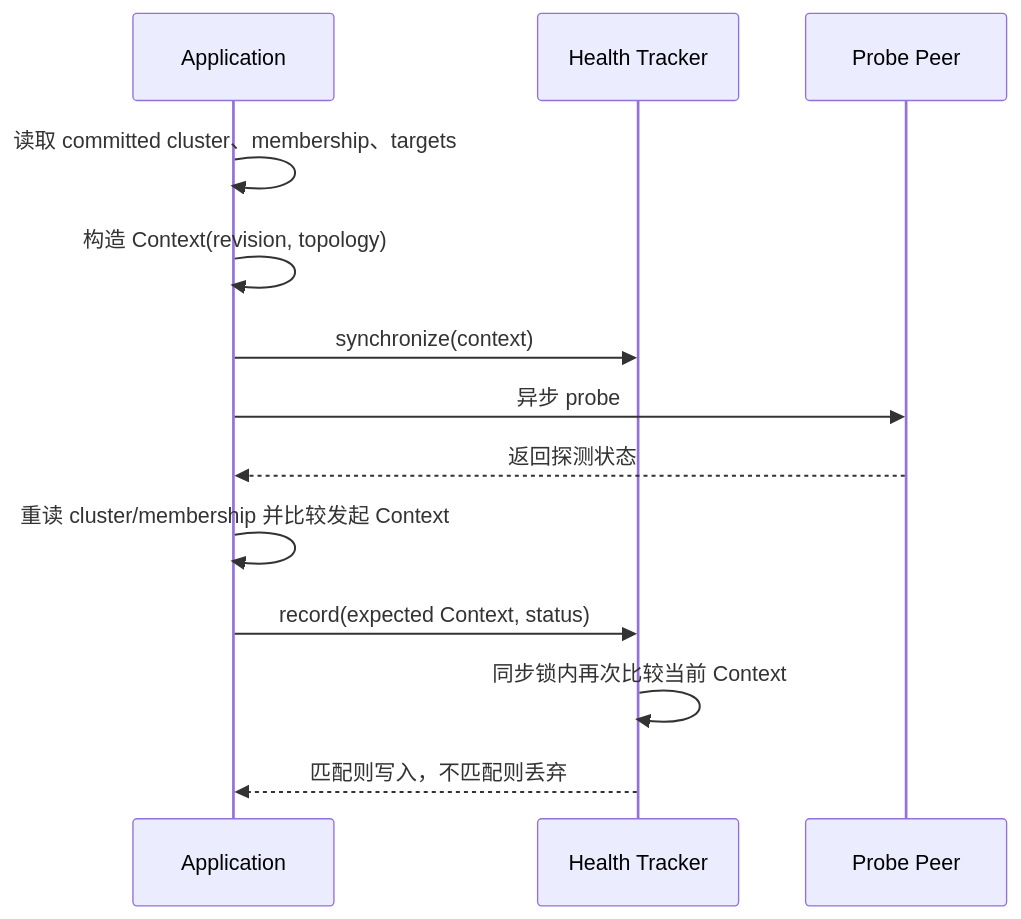
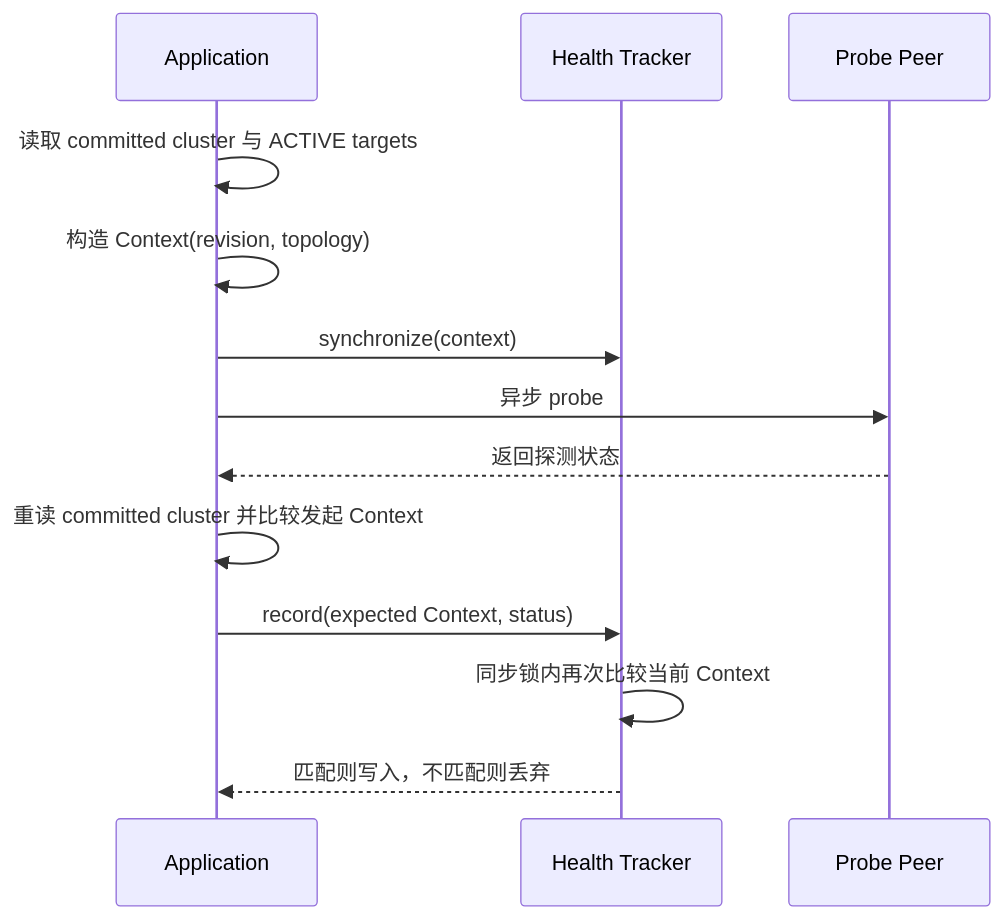
One commit to kc-co9/im-chat changed the third of 18 diagrams in im-broker/ARCHITECTURE.md. Above: the diagram before and after it, drawn with Mermaid. The commit also changed other lines of this file and 346 other files, not shown here.

````diff
--- a/im-broker/ARCHITECTURE.md
+++ b/im-broker/ARCHITECTURE.md
@@ -79,15 +99,15 @@
 ```mermaid
 sequenceDiagram
     participant App as Application
     participant Tracker as Health Tracker
     participant Peer as Probe Peer
-    App->>App: 读取 committed cluster、membership、targets
+    App->>App: 读取 committed cluster 与 ACTIVE targets
     App->>App: 构造 Context(revision, topology)
     App->>Tracker: synchronize(context)
     App->>Peer: 异步 probe
     Peer-->>App: 返回探测状态
-    App->>App: 重读 cluster/membership 并比较发起 Context
+    App->>App: 重读 committed cluster 并比较发起 Context
     App->>Tracker: record(expected Context, status)
     Tracker->>Tracker: 同步锁内再次比较当前 Context
     Tracker-->>App: 匹配则写入，不匹配则丢弃
 ```
````
